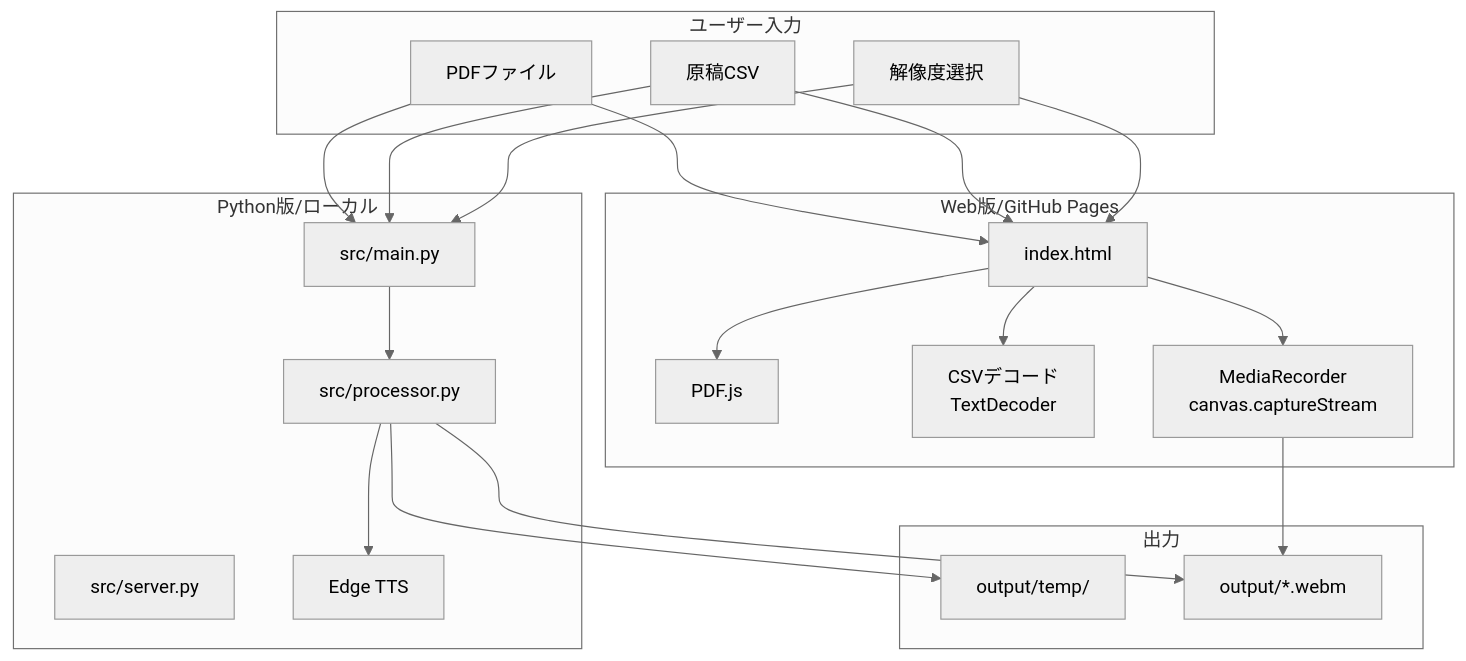
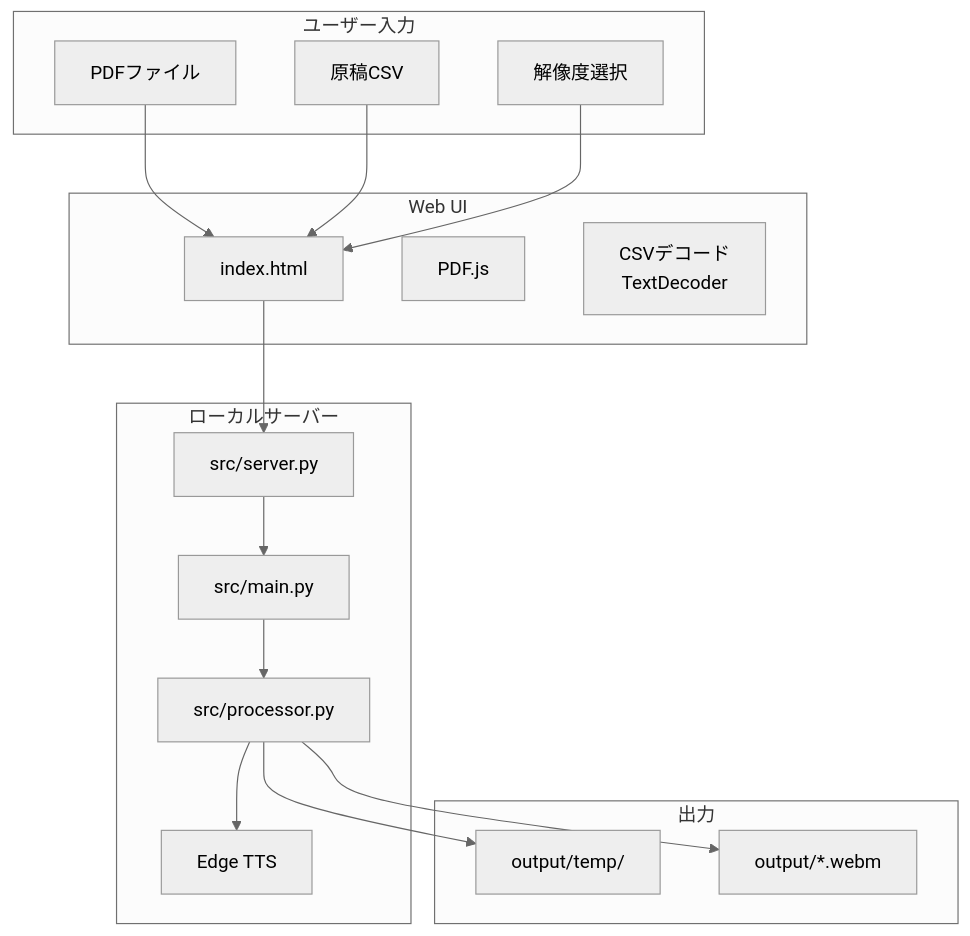
One commit to J1921604/Slide-MyVoice-Maker changed the second of 3 diagrams in specs/001-Slide-Voice-Maker/spec.md. Above: the diagram before and after it, drawn with Mermaid (neutral theme). The commit also changed other lines of this file and 13 other files, not shown here.

````diff
--- a/specs/001-Slide-Voice-Maker/spec.md
+++ b/specs/001-Slide-Voice-Maker/spec.md
@@ -56,43 +48,36 @@
 ```mermaid
 flowchart TB
     subgraph ユーザー入力
         PDF[PDFファイル]
         CSV[原稿CSV]
         RES[解像度選択]
     end
 
-    subgraph Python版/ローカル
+    subgraph ローカルサーバー
+        SERVER[src/server.py]
         MAIN[src/main.py]
         PROC[src/processor.py]
-        SERVER[src/server.py]
         TTS[Edge TTS]
     end
 
-    subgraph Web版/GitHub Pages
+    subgraph Web UI
         HTML[index.html]
         PDFJS[PDF.js]
         CSVDEC[CSVデコード<br/>TextDecoder]
-        REC[MediaRecorder<br/>canvas.captureStream]
     end
 
     subgraph 出力
         TEMP[output/temp/]
         WEBM[output/*.webm]
     end
 
-    PDF --> MAIN
-    CSV --> MAIN
-    RES --> MAIN
+    PDF --> HTML
+    CSV --> HTML
+    RES --> HTML
+    HTML --> SERVER
+    SERVER --> MAIN
     MAIN --> PROC
     PROC --> TTS
     PROC --> TEMP
     PROC --> WEBM
-
-    PDF --> HTML
-    CSV --> HTML
-    RES --> HTML
-    HTML --> PDFJS
-    HTML --> CSVDEC
-    HTML --> REC
-    REC --> WEBM
 ```
````
